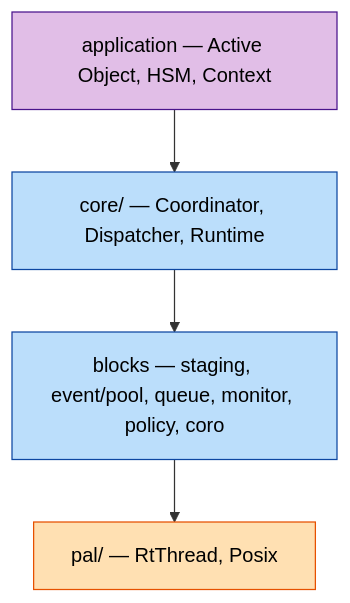
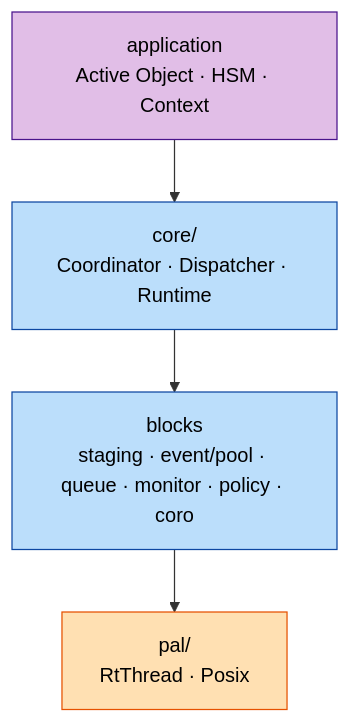
The second of 2 diagrams in README.md (DeguiLiu/coact), drawn with Mermaid before and after one commit. The commit also changed other lines of this file and 1 other file, not shown here.

Commit message:
story-docs(dm): rework the README diagrams for clean rendering

````diff
--- a/README.md
+++ b/README.md
@@ -53,11 +50,11 @@
 ```mermaid
 flowchart TB
     classDef app fill:#E1BEE7,stroke:#4A148C,color:#000
     classDef core fill:#BBDEFB,stroke:#0D47A1,color:#000
     classDef pal fill:#FFE0B2,stroke:#E65100,color:#000
-    L4["application — Active Object, HSM, Context"]:::app
-    L3["core/ — Coordinator, Dispatcher, Runtime"]:::core
-    L2["blocks — staging, event/pool, queue, monitor, policy, coro"]:::core
-    L1["pal/ — RtThread, Posix"]:::pal
+    L4["application<br/>Active Object · HSM · Context"]:::app
+    L3["core/<br/>Coordinator · Dispatcher · Runtime"]:::core
+    L2["blocks<br/>staging · event/pool · queue · monitor · policy · coro"]:::core
+    L1["pal/<br/>RtThread · Posix"]:::pal
     L4 --> L3 --> L2 --> L1
 ```
````
